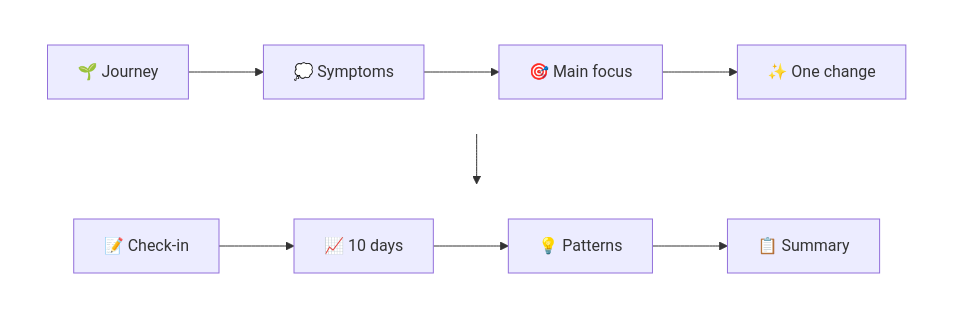
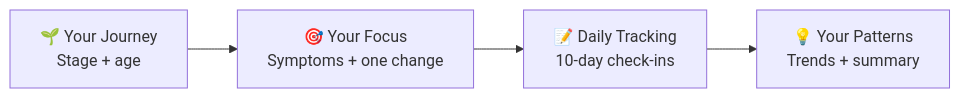
One commit to Huth-P/vitality-flow-splash changed the diagram in README.md. Above: the diagram before and after it, drawn with Mermaid.

````diff
--- a/README.md
+++ b/README.md
@@ -29,18 +29,6 @@
 ```mermaid
-flowchart TB
-
-    subgraph ROW1[" "]
-        direction LR
-        A["🌱 Journey"] --> B["💭 Symptoms"] --> C["🎯 Main focus"] --> D["✨ One change"]
-    end
-
-    subgraph ROW2[" "]
-        direction LR
-        E["📝 Check-in"] --> F["📈 10 days"] --> G["💡 Patterns"] --> H["📋 Summary"]
-    end
-
-    D --> E
-
-    style ROW1 fill:transparent,stroke:transparent
-    style ROW2 fill:transparent,stroke:transparent
+flowchart LR
+    A["🌱 Your Journey<br/>Stage + age"] --> B["🎯 Your Focus<br/>Symptoms + one change"]
+    B --> C["📝 Daily Tracking<br/>10-day check-ins"]
+    C --> D["💡 Your Patterns<br/>Trends + summary"]
 ```
````
